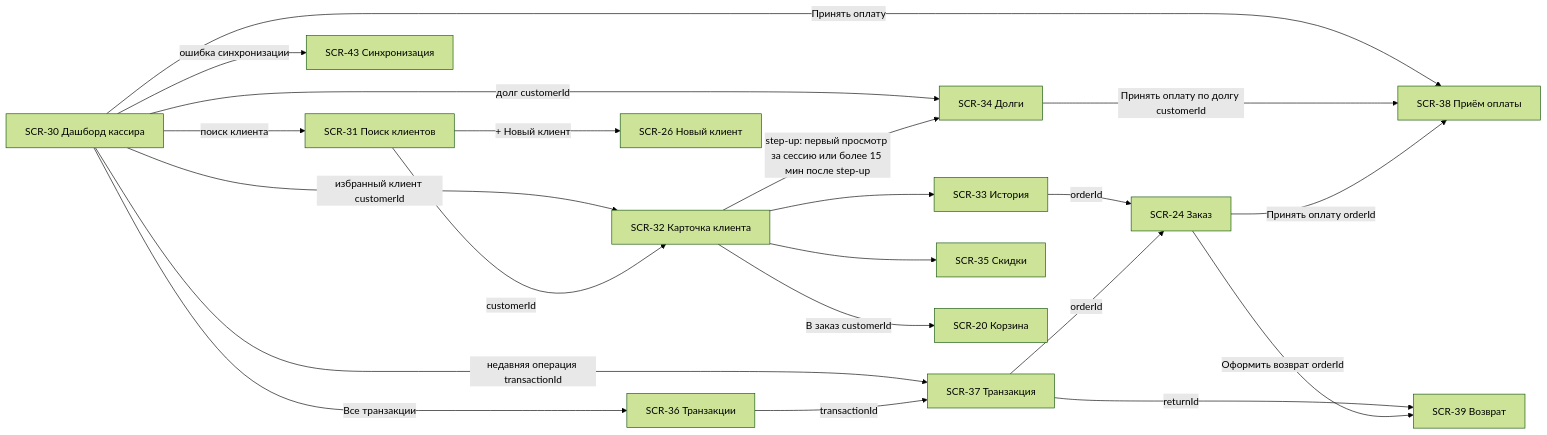
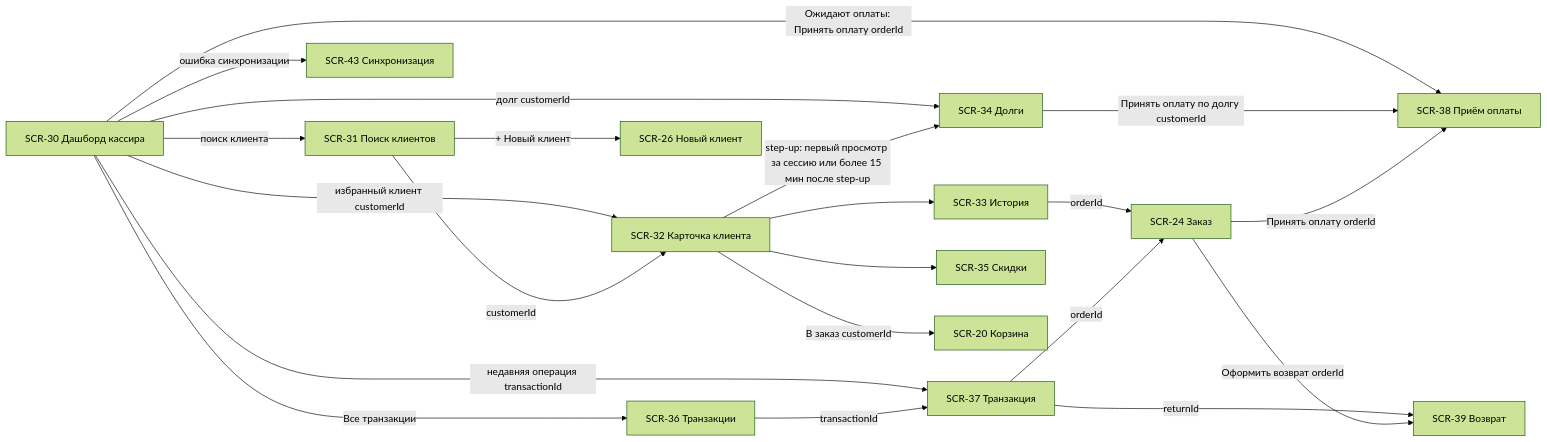
Before and after one commit to adhamjon100/optomstroy: the fourth of 6 diagrams in docs/specification/visual/screen-map.md, drawn with Mermaid (forest theme). The commit also changed other lines of this file and 13 other files, not shown here.

````diff
--- a/docs/specification/visual/screen-map.md
+++ b/docs/specification/visual/screen-map.md
@@ -337,23 +338,23 @@
 ```mermaid
 flowchart LR
   S30["SCR-30 Дашборд кассира"] -->|"поиск клиента"| S31["SCR-31 Поиск клиентов"]
   S30 -->|"избранный клиент customerId"| S32["SCR-32 Карточка клиента"]
   S30 -->|"недавняя операция transactionId"| S37["SCR-37 Транзакция"]
   S30 -->|"Все транзакции"| S36["SCR-36 Транзакции"]
-  S30 -->|"Принять оплату"| S38["SCR-38 Приём оплаты"]
+  S30 -->|"Ожидают оплаты: Принять оплату orderId"| S38["SCR-38 Приём оплаты"]
   S30 -->|"долг customerId"| S34["SCR-34 Долги"]
   S30 -->|"ошибка синхронизации"| S43["SCR-43 Синхронизация"]
   S31 -->|"customerId"| S32
   S31 -->|"+ Новый клиент"| S26["SCR-26 Новый клиент"]
   S32 --> S33["SCR-33 История"]
   S32 -->|"step-up: первый просмотр за сессию или более 15 мин после step-up"| S34
   S32 --> S35["SCR-35 Скидки"]
   S32 -->|"В заказ customerId"| S20["SCR-20 Корзина"]
   S33 -->|"orderId"| S24["SCR-24 Заказ"]
   S34 -->|"Принять оплату по долгу customerId"| S38
   S36 -->|"transactionId"| S37
   S37 -->|"orderId"| S24
   S37 -->|"returnId"| S39["SCR-39 Возврат"]
   S24 -->|"Принять оплату orderId"| S38
   S24 -->|"Оформить возврат orderId"| S39
 ```
````
